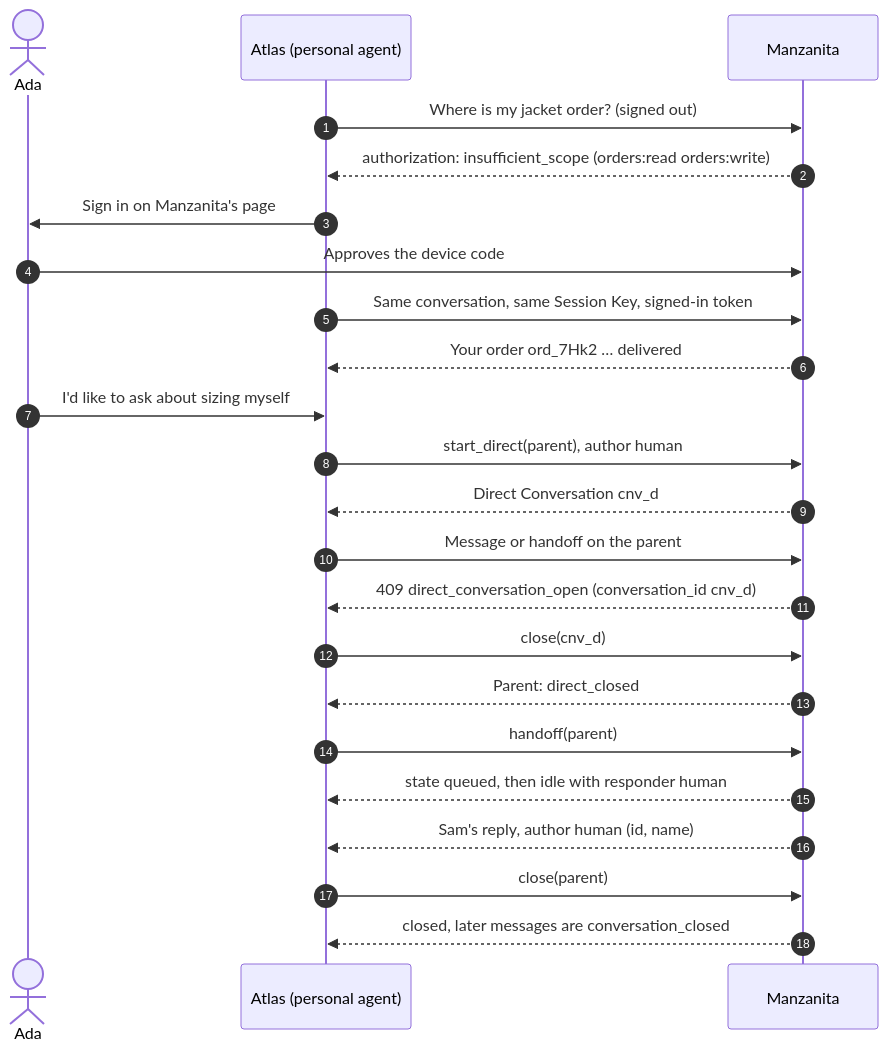
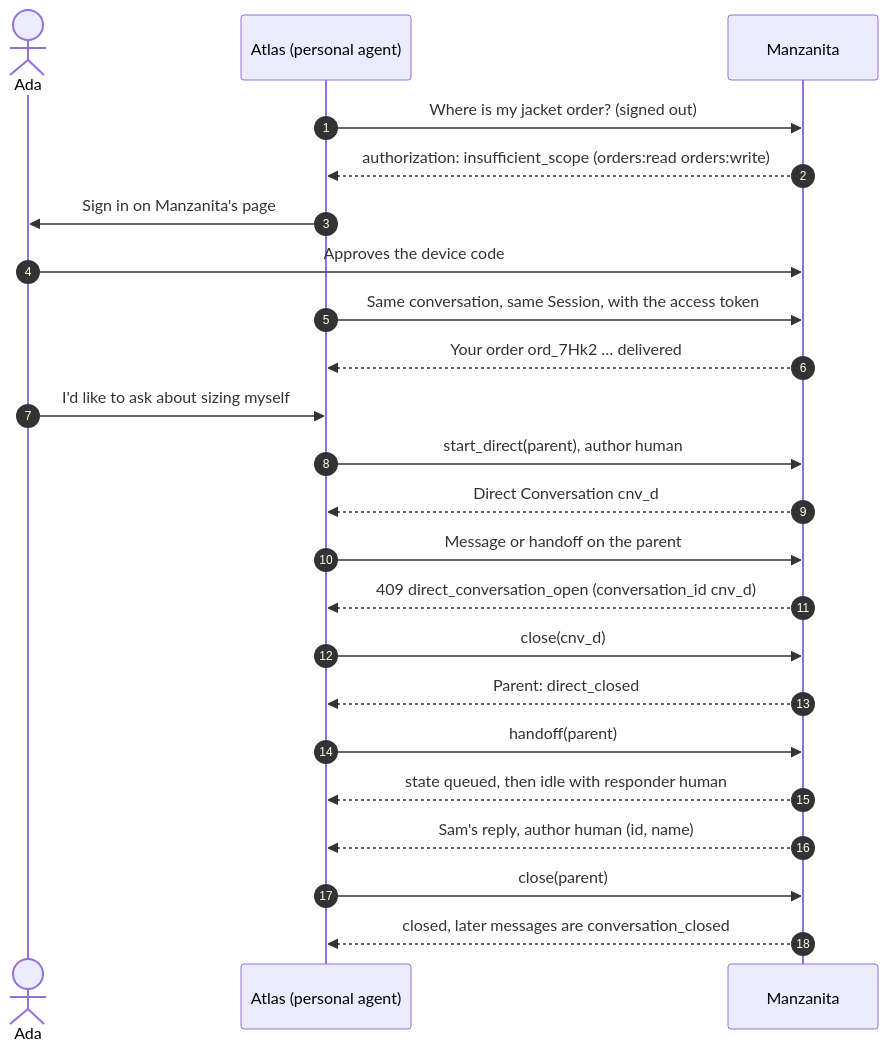
The diagram in docs/docs/examples/conversation-control.mdx (datalayer/personal-agent-protocol), drawn with Mermaid before and after one commit. The commit also changed other lines of this file and 36 other files, not shown here.

````diff
--- a/docs/docs/examples/conversation-control.mdx
+++ b/docs/docs/examples/conversation-control.mdx
@@ -19,25 +19,25 @@
 ```mermaid
 sequenceDiagram
   autonumber
   actor Ada
   participant Atlas as Atlas (personal agent)
   participant Company as Manzanita
   Atlas->>Company: Where is my jacket order? (signed out)
   Company-->>Atlas: authorization: insufficient_scope (orders:read orders:write)
   Atlas->>Ada: Sign in on Manzanita's page
   Ada->>Company: Approves the device code
-  Atlas->>Company: Same conversation, same Session Key, signed-in token
+  Atlas->>Company: Same conversation, same Session, with the access token
   Company-->>Atlas: Your order ord_7Hk2 … delivered
   Ada->>Atlas: I'd like to ask about sizing myself
   Atlas->>Company: start_direct(parent), author human
   Company-->>Atlas: Direct Conversation cnv_d
   Atlas->>Company: Message or handoff on the parent
   Company-->>Atlas: 409 direct_conversation_open (conversation_id cnv_d)
   Atlas->>Company: close(cnv_d)
   Company-->>Atlas: Parent: direct_closed
   Atlas->>Company: handoff(parent)
   Company-->>Atlas: state queued, then idle with responder human
   Company-->>Atlas: Sam's reply, author human (id, name)
   Atlas->>Company: close(parent)
   Company-->>Atlas: closed, later messages are conversation_closed
 ```
````
